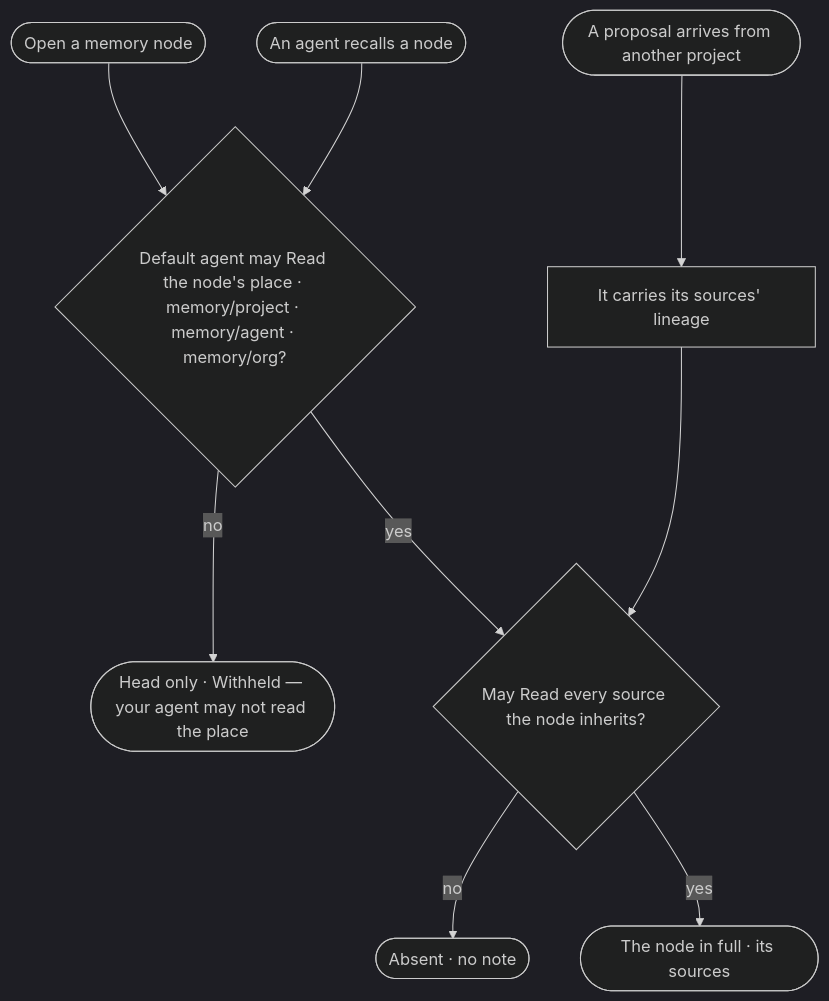
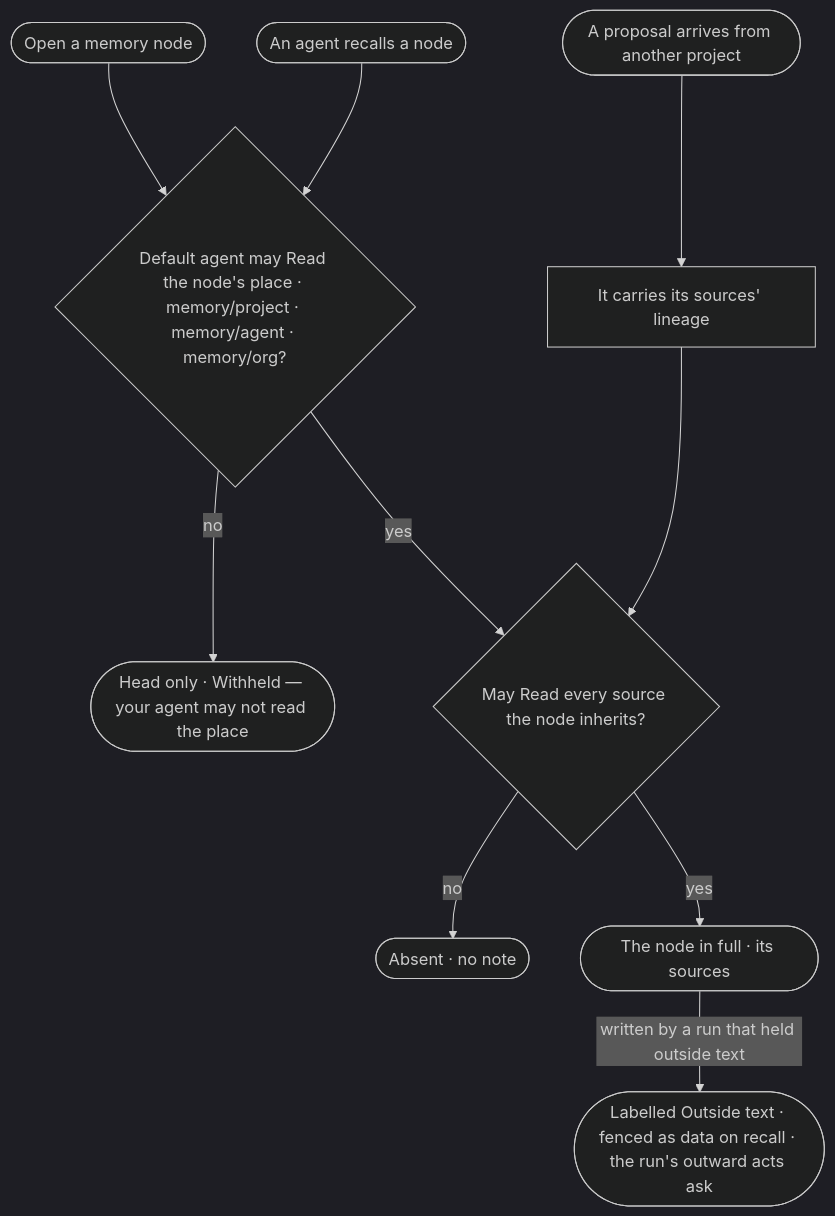
The diagram in specs/os/graph/features/GP-F02-memory/stories/GP-07-read-memory-only-as-far-as-its-sources-allow/story.md (invana/invana), drawn with Mermaid (dark theme) before and after one commit. The commit also changed other lines of this file and 13 other files, not shown here.

````diff
--- a/specs/os/graph/features/GP-F02-memory/stories/GP-07-read-memory-only-as-far-as-its-sources-allow/story.md
+++ b/specs/os/graph/features/GP-F02-memory/stories/GP-07-read-memory-only-as-far-as-its-sources-allow/story.md
@@ -30,11 +30,12 @@
 ```mermaid
 flowchart TD
   n([Open a memory node]) --> pl{"Default agent may Read the node's place · memory/project · memory/agent · memory/org?"}
   pl -->|no| h1(["Head only · Withheld — your agent may not read the place"])
   pl -->|yes| sr{"May Read every source the node inherits?"}
   sr -->|no| h2(["Absent · no note"])
   sr -->|yes| full(["The node in full · its sources"])
   x([A proposal arrives from another project]) --> cr["It carries its sources' lineage"]
   cr --> sr
   rc([An agent recalls a node]) --> pl
+  full -->|written by a run that held outside text| ot(["Labelled Outside text · fenced as data on recall · the run's outward acts ask"])
 ```
````
